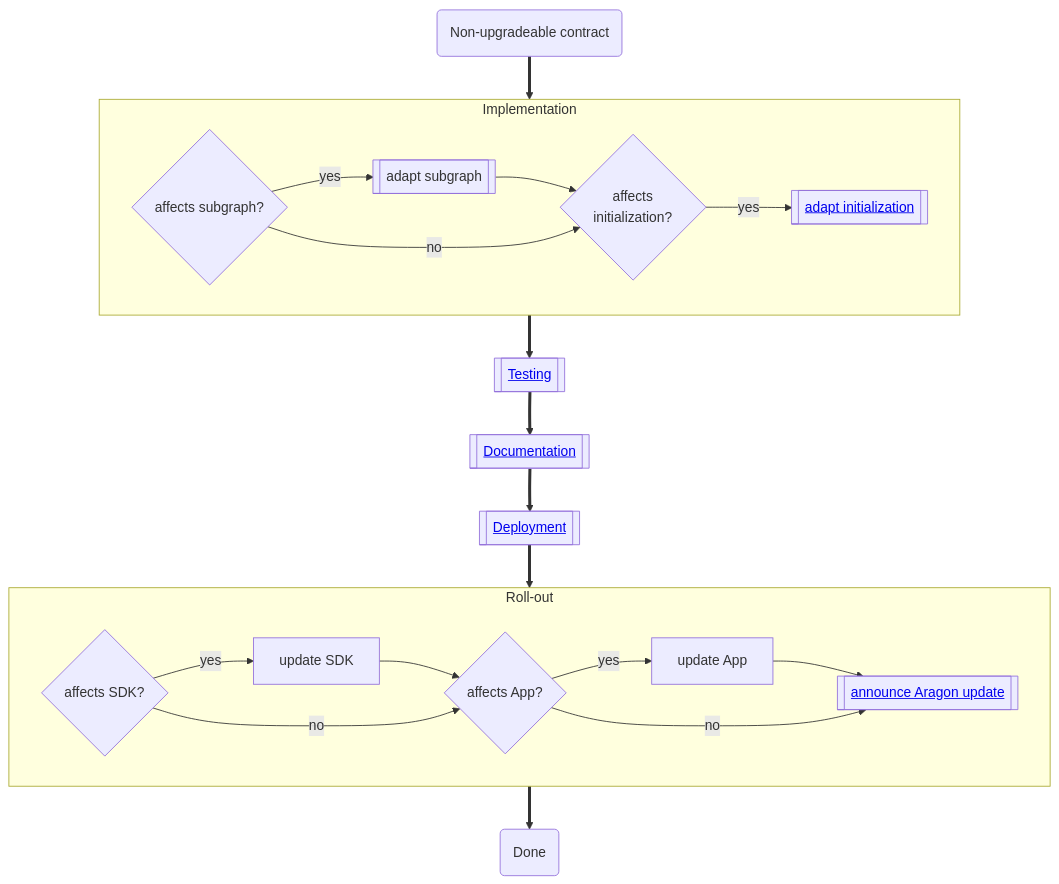
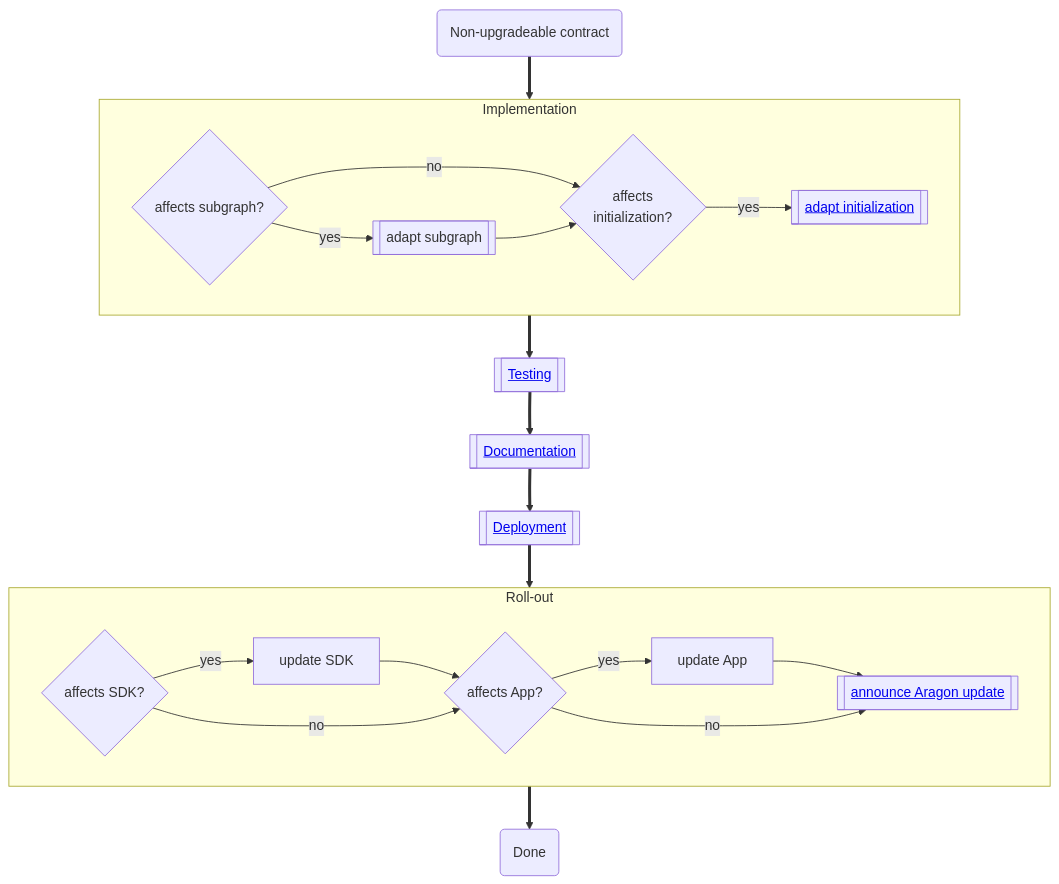
The diagram in packages/contracts/docs/developer-portal/04-framework-lifecycle/03-osx-components/03-non-upgradeable-contract.md (aragon/osx), drawn with Mermaid before and after one commit. The commit also changed other lines of this file and 1 other file, not shown here.

Commit message:
docs: corrected diagrams

````diff
--- a/packages/contracts/docs/developer-portal/04-framework-lifecycle/03-osx-components/03-non-upgradeable-contract.md
+++ b/packages/contracts/docs/developer-portal/04-framework-lifecycle/03-osx-components/03-non-upgradeable-contract.md
@@ -3,41 +3,42 @@
 ```mermaid
 flowchart TD
     processStart("Non-upgradeable contract")
     processStart ==> implementation
     subgraph implementation[Implementation]
 
         affectsSubgraph{"affects subgraph?"}
         adaptSubgraph[["adapt subgraph"]]
 
         affectsInitialization{"affects \n initialization?"}
         adaptInitialization[["<a href='../04-sub-processes/02-contract-initialization.md'> adapt initialization</a>"]]
 
-        affectsSubgraph -->|yes| adaptSubgraph --> affectsInitialization
         affectsSubgraph -->|no| affectsInitialization
+        affectsSubgraph -->|yes| adaptSubgraph
+        adaptSubgraph --> affectsInitialization
 
         affectsInitialization -->|yes| adaptInitialization
     end
 
     implementation ==> testing[[<a href='../03-sub-processes/03-testing.md'>Testing</a>]]
 
     testing ==> docs[[<a href='../03-sub-processes/04-documentation.md'>Documentation</a>]]
 
     docs ==> deployment[[<a href='../03-sub-processes/05-deployment.md'>Deployment</a>]]
 
     deployment ==> rollout
     subgraph rollout[Roll-out]
         sdkUpdate["update SDK"]
         affectsSDK{"affects SDK?"}
         affectsSDK -->|yes| sdkUpdate --> affectsApp
         affectsSDK -->|no| affectsApp
 
         appUpdate["update App"]
         affectsApp{"affects App?"}
 
         announceUpdate[["<a href='../04-sub-processes/06-aragon-update.md'>announce Aragon update</a>"]]
         affectsApp -->|yes| appUpdate --> announceUpdate
         affectsApp -->|no| announceUpdate
     end
 
     rollout ==> processEnd("Done")
 ```
````
